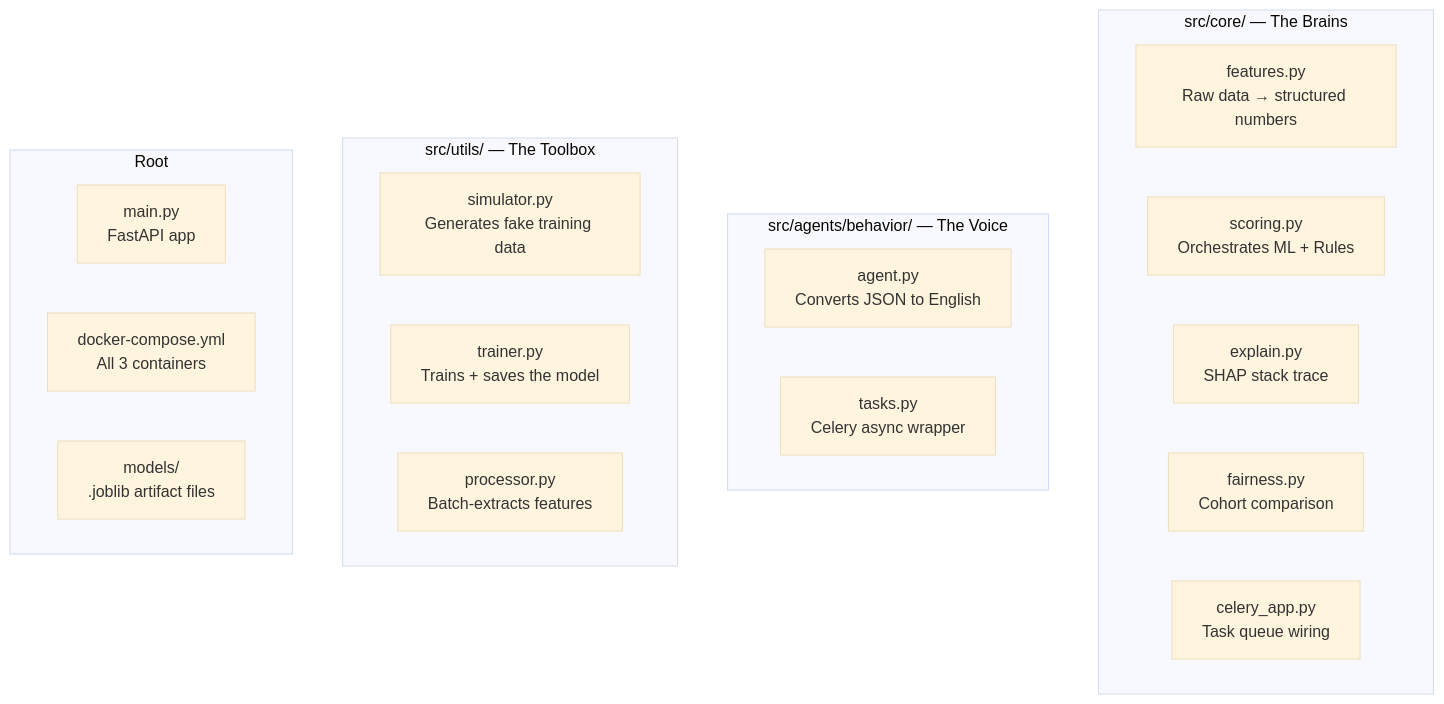
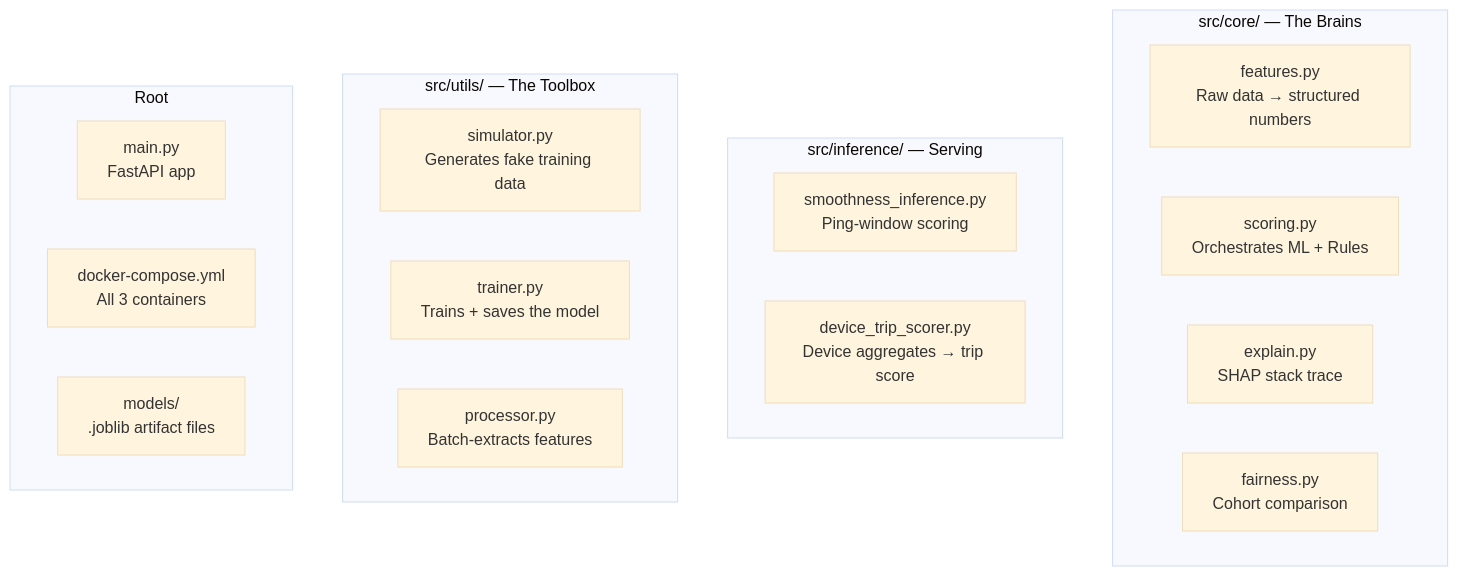
Before and after one commit to tracedata-ai/tracedata-ai-ml: diagram 16 of 16 in docs/ml_pipeline_guide.md, drawn with Mermaid (base theme). The commit also changed other lines of this file and 10 other files, not shown here.

````diff
--- a/docs/ml_pipeline_guide.md
+++ b/docs/ml_pipeline_guide.md
@@ -402,27 +402,26 @@
 ```mermaid
 graph TD
     subgraph "src/core/ — The Brains"
         FT["features.py\nRaw data → structured numbers"]
         SC["scoring.py\nOrchestrates ML + Rules"]
         EX["explain.py\nSHAP stack trace"]
         FA["fairness.py\nCohort comparison"]
-        CA["celery_app.py\nTask queue wiring"]
     end
 
-    subgraph "src/agents/behavior/ — The Voice"
-        AG["agent.py\nConverts JSON to English"]
-        TK["tasks.py\nCelery async wrapper"]
+    subgraph "src/inference/ — Serving"
+        INF["smoothness_inference.py\nPing-window scoring"]
+        DEV["device_trip_scorer.py\nDevice aggregates → trip score"]
     end
 
     subgraph "src/utils/ — The Toolbox"
         SIM["simulator.py\nGenerates fake training data"]
         TR["trainer.py\nTrains + saves the model"]
         PR["processor.py\nBatch-extracts features"]
     end
 
     subgraph "Root"
         MAIN["main.py\nFastAPI app"]
         DC["docker-compose.yml\nAll 3 containers"]
         MOD["models/\n.joblib artifact files"]
     end
 ```
````
